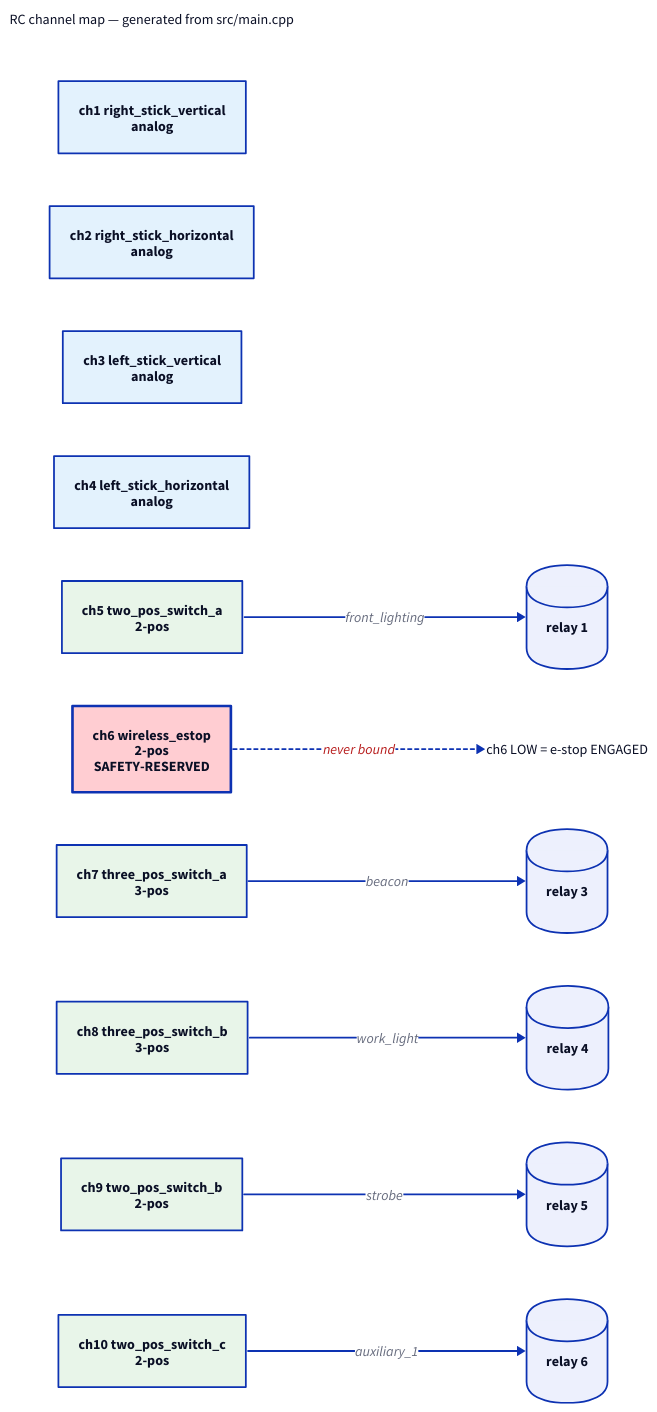
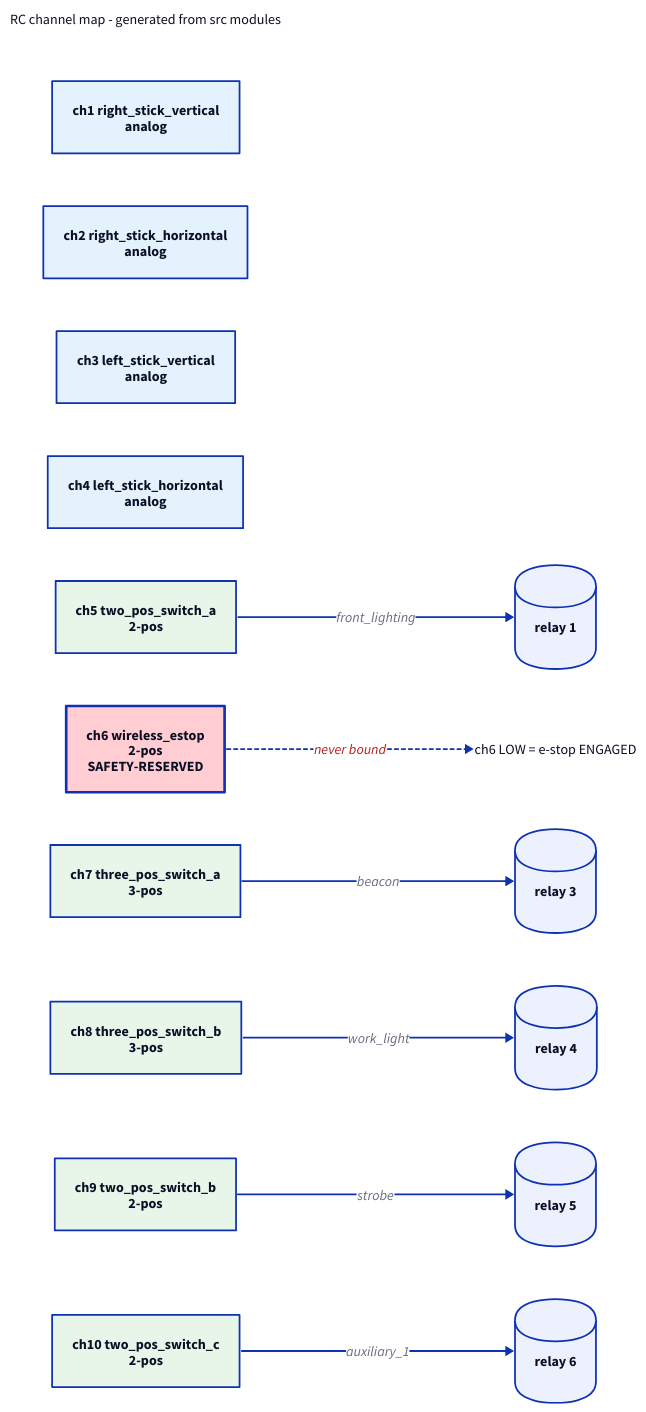
Before and after one commit to Aeolus96/karr-safety-core: the diagram in docs/diagrams/05-rc-channel-map.d2, drawn with D2. The commit also changed 31 other files, not shown here.

```diff
--- a/docs/diagrams/05-rc-channel-map.d2
+++ b/docs/diagrams/05-rc-channel-map.d2
@@ -1,67 +1,67 @@
-# GENERATED by tools/gen_rc_map.py from src/main.cpp — DO NOT EDIT.
-# Re-run: python3 tools/gen_rc_map.py
+# GENERATED by docs/diagrams/gen_rc_map.py from src modules - DO NOT EDIT.
+# Re-run: python3 docs/diagrams/gen_rc_map.py
 direction: right
 
-title: "RC channel map — generated from src/main.cpp" {
+title: "RC channel map - generated from src modules" {
   shape: text
 }
 
 ch1: "ch1 right_stick_vertical\nanalog" {
   style.fill: "#e3f2fd"
 }
 ch2: "ch2 right_stick_horizontal\nanalog" {
   style.fill: "#e3f2fd"
 }
 ch3: "ch3 left_stick_vertical\nanalog" {
   style.fill: "#e3f2fd"
 }
 ch4: "ch4 left_stick_horizontal\nanalog" {
   style.fill: "#e3f2fd"
 }
 ch5: "ch5 two_pos_switch_a\n2-pos" {
   style.fill: "#e8f5e9"
 }
 ch6: "ch6 wireless_estop\n2-pos\nSAFETY-RESERVED" {
   style.fill: "#ffcdd2"
   style.stroke-width: 3
 }
 ch7: "ch7 three_pos_switch_a\n3-pos" {
   style.fill: "#e8f5e9"
 }
 ch8: "ch8 three_pos_switch_b\n3-pos" {
   style.fill: "#e8f5e9"
 }
 ch9: "ch9 two_pos_switch_b\n2-pos" {
   style.fill: "#e8f5e9"
 }
 ch10: "ch10 two_pos_switch_c\n2-pos" {
   style.fill: "#e8f5e9"
 }
 
 relay1: "relay 1" {
   shape: cylinder
 }
 relay3: "relay 3" {
   shape: cylinder
 }
 relay4: "relay 4" {
   shape: cylinder
 }
 relay5: "relay 5" {
   shape: cylinder
 }
 relay6: "relay 6" {
   shape: cylinder
 }
 
 ch5 -> relay1: "front_lighting"
 ch7 -> relay3: "beacon"
 ch8 -> relay4: "work_light"
 ch9 -> relay5: "strobe"
 ch10 -> relay6: "auxiliary_1"
 
 ch6 -> note: "never bound" {
   style.stroke-dash: 2
   style.font-color: "#b71c1c"
 }
 note: "ch6 LOW = e-stop ENGAGED" { shape: text }
```
